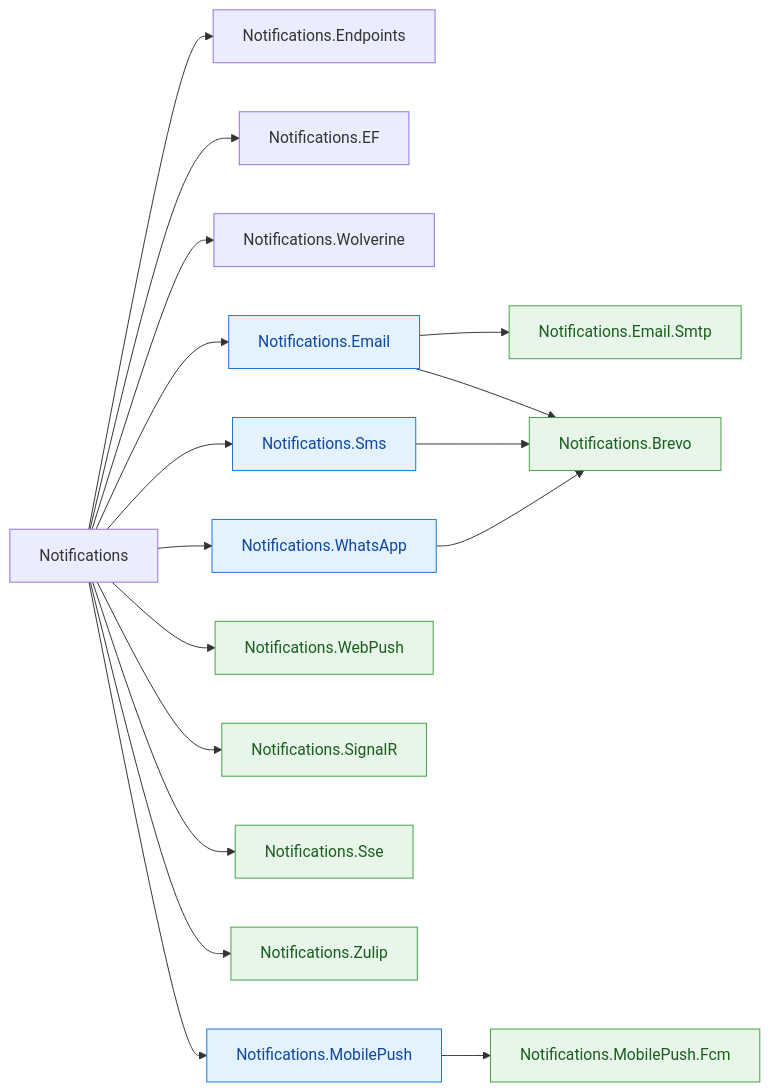
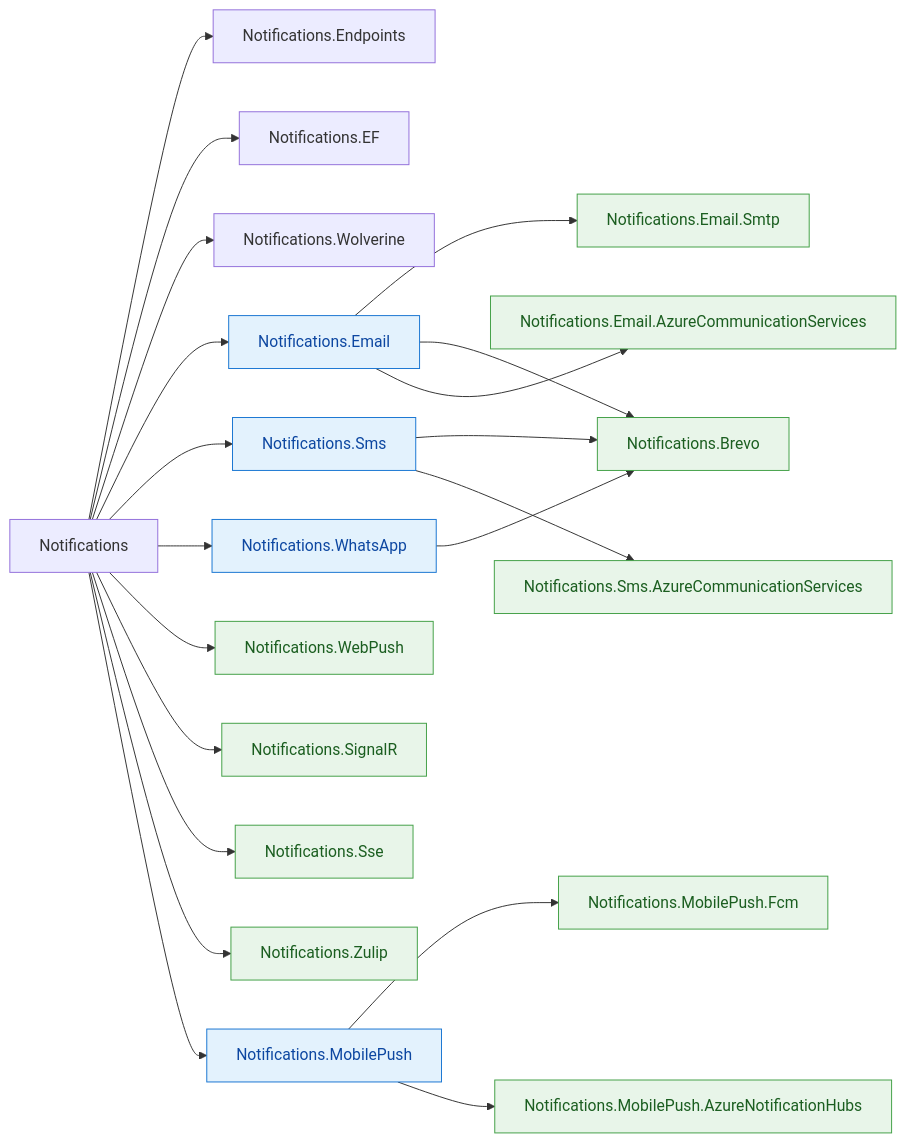
One commit to enraiz/granit-dotnet changed the third of 5 diagrams in docs-site/src/content/docs/reference/dependency-graph.md. Above: the diagram before and after it, drawn with Mermaid. The commit also changed other lines of this file and 158 other files, not shown here.

````diff
--- a/docs-site/src/content/docs/reference/dependency-graph.md
+++ b/docs-site/src/content/docs/reference/dependency-graph.md
@@ -293,36 +298,43 @@
 ```mermaid
 flowchart LR
     NOTIF["Notifications"] --> NOTIF_EP["Notifications.Endpoints"]
     NOTIF --> NOTIF_EF["Notifications.EF"]
     NOTIF --> NOTIF_WOL["Notifications.Wolverine"]
 
     NOTIF --> NOTIF_EMAIL["Notifications.Email"]
     NOTIF_EMAIL --> NOTIF_SMTP["Notifications.Email.Smtp"]
 
     NOTIF --> NOTIF_SMS["Notifications.Sms"]
     NOTIF --> NOTIF_WA["Notifications.WhatsApp"]
     NOTIF --> NOTIF_PUSH["Notifications.WebPush"]
     NOTIF --> NOTIF_SR["Notifications.SignalR"]
     NOTIF --> NOTIF_SSE["Notifications.Sse"]
     NOTIF --> NOTIF_ZULIP["Notifications.Zulip"]
 
     NOTIF --> NOTIF_MP["Notifications.MobilePush"]
     NOTIF_MP --> NOTIF_FCM["Notifications.MobilePush.Fcm"]
 
     NOTIF_EMAIL --> NOTIF_BREVO["Notifications.Brevo"]
     NOTIF_SMS --> NOTIF_BREVO
     NOTIF_WA --> NOTIF_BREVO
 
+    NOTIF_EMAIL --> NOTIF_ACS_EMAIL["Notifications.Email.AzureCommunicationServices"]
+    NOTIF_SMS --> NOTIF_ACS_SMS["Notifications.Sms.AzureCommunicationServices"]
+    NOTIF_MP --> NOTIF_ANH["Notifications.MobilePush.AzureNotificationHubs"]
+
     style NOTIF_EMAIL fill:#e3f2fd,stroke:#1976d2,color:#0d47a1
     style NOTIF_SMS fill:#e3f2fd,stroke:#1976d2,color:#0d47a1
     style NOTIF_WA fill:#e3f2fd,stroke:#1976d2,color:#0d47a1
     style NOTIF_MP fill:#e3f2fd,stroke:#1976d2,color:#0d47a1
 
     style NOTIF_SMTP fill:#e8f5e9,stroke:#43a047,color:#1b5e20
     style NOTIF_BREVO fill:#e8f5e9,stroke:#43a047,color:#1b5e20
+    style NOTIF_ACS_EMAIL fill:#e8f5e9,stroke:#43a047,color:#1b5e20
+    style NOTIF_ACS_SMS fill:#e8f5e9,stroke:#43a047,color:#1b5e20
+    style NOTIF_ANH fill:#e8f5e9,stroke:#43a047,color:#1b5e20
     style NOTIF_SR fill:#e8f5e9,stroke:#43a047,color:#1b5e20
     style NOTIF_SSE fill:#e8f5e9,stroke:#43a047,color:#1b5e20
     style NOTIF_ZULIP fill:#e8f5e9,stroke:#43a047,color:#1b5e20
     style NOTIF_PUSH fill:#e8f5e9,stroke:#43a047,color:#1b5e20
     style NOTIF_FCM fill:#e8f5e9,stroke:#43a047,color:#1b5e20
 ```
````
